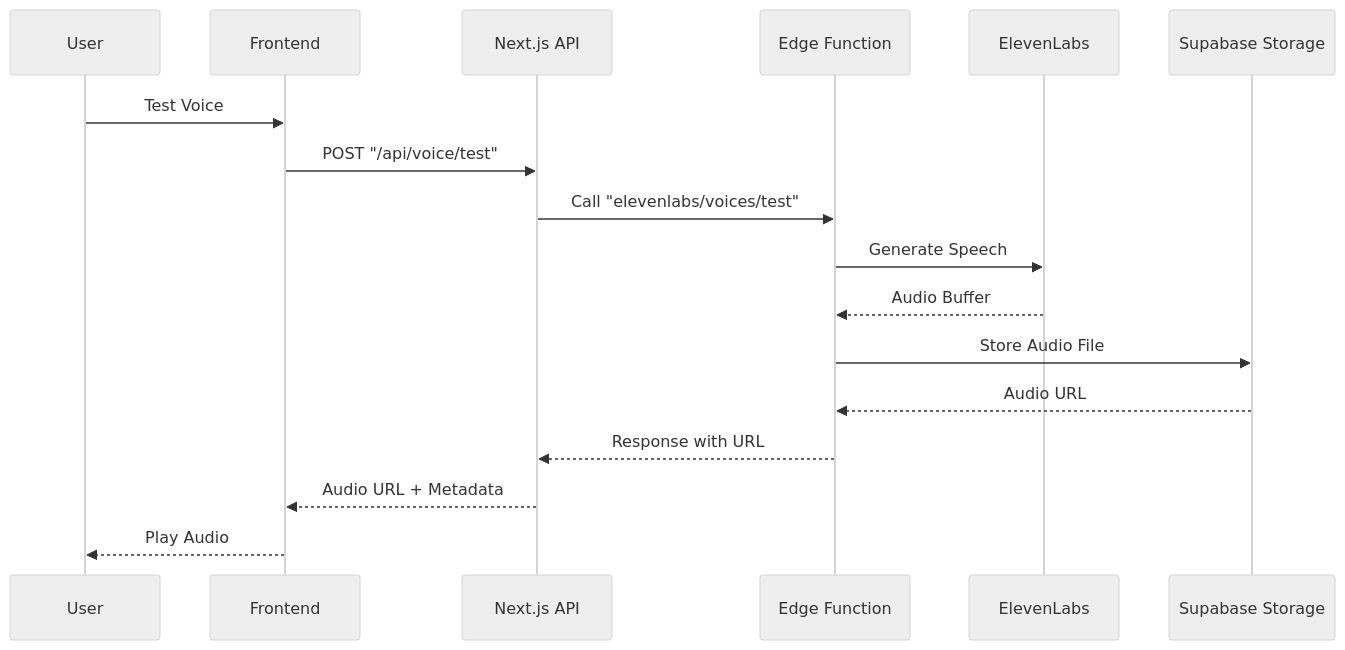
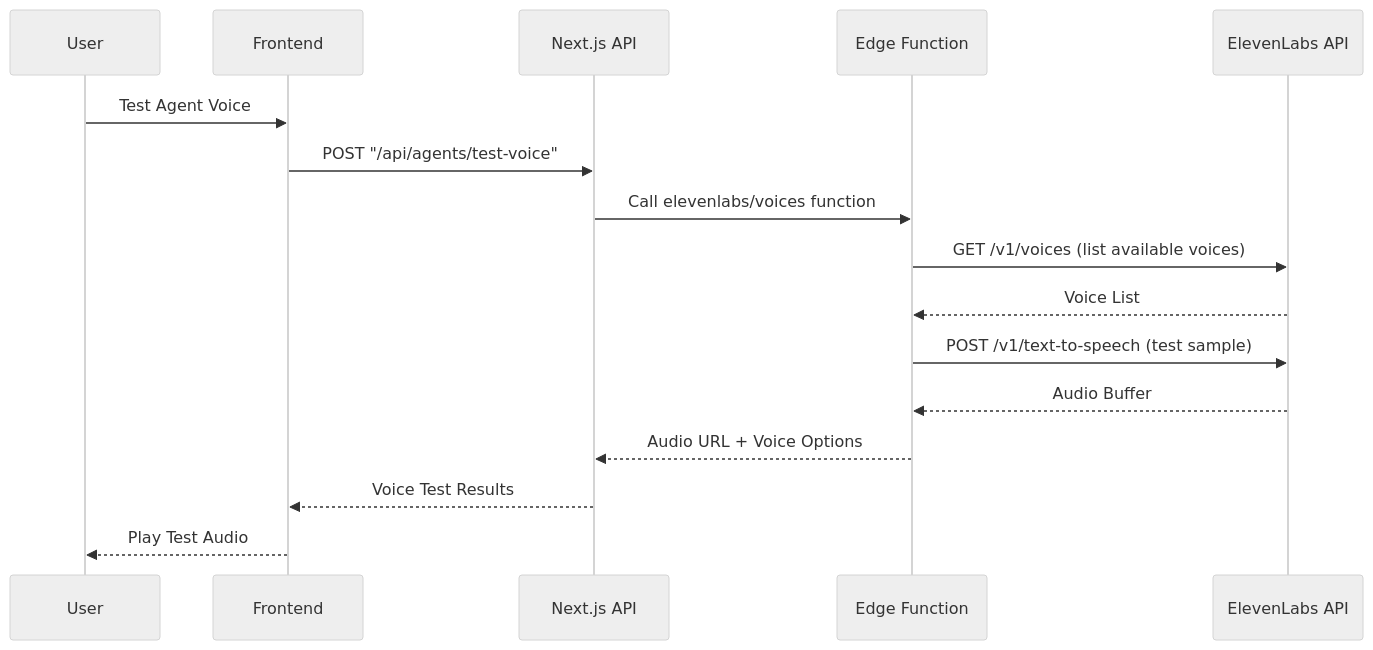
The second of 13 diagrams in docs/elevenlabs-architecture.md (callhenk/henk), drawn with Mermaid (neutral theme) before and after one commit. The commit also changed other lines of this file, not shown here.

First line of the commit message:
Revise ElevenLabs architecture documentation to reflect simplified outbound campaign design

````diff
--- a/docs/elevenlabs-architecture.md
+++ b/docs/elevenlabs-architecture.md
@@ -114,20 +79,19 @@
 ```mermaid
 sequenceDiagram
     participant U as User
     participant F as Frontend
     participant N as Next.js API
     participant E as Edge Function
-    participant EL as ElevenLabs
-    participant S as Supabase Storage
+    participant EL as ElevenLabs API
 
-    U->>F: Test Voice
-    F->>N: POST "/api/voice/test"
-    N->>E: Call "elevenlabs/voices/test"
-    E->>EL: Generate Speech
+    U->>F: Test Agent Voice
+    F->>N: POST "/api/agents/test-voice"
+    N->>E: Call elevenlabs/voices function
+    E->>EL: GET /v1/voices (list available voices)
+    EL-->>E: Voice List
+    E->>EL: POST /v1/text-to-speech (test sample)
     EL-->>E: Audio Buffer
-    E->>S: Store Audio File
-    S-->>E: Audio URL
-    E-->>N: Response with URL
-    N-->>F: Audio URL + Metadata
-    F-->>U: Play Audio
+    E-->>N: Audio URL + Voice Options
+    N-->>F: Voice Test Results
+    F-->>U: Play Test Audio
 ```
````
